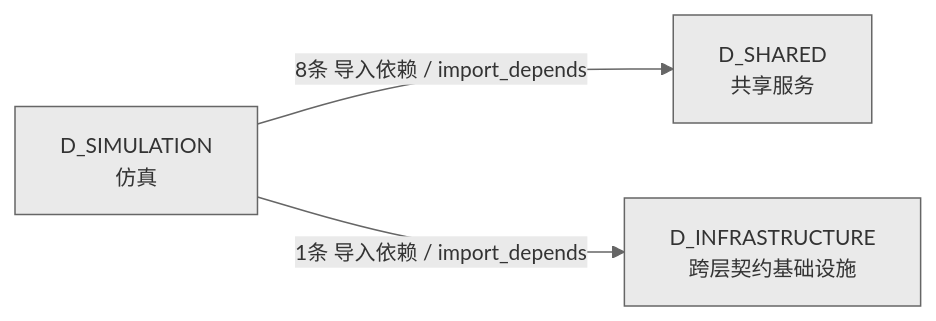
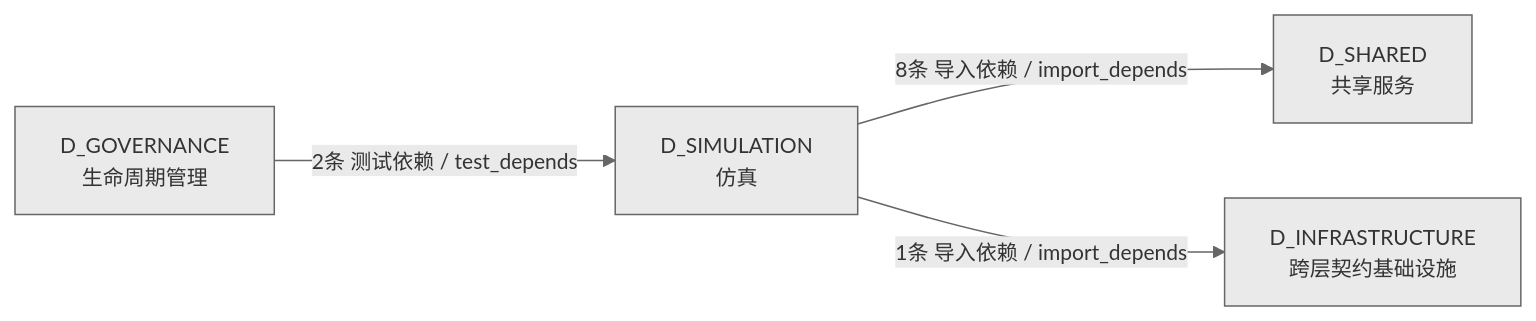
One commit to xuanFelixVan/ZephyrAlpha changed the third of 3 diagrams in docs/02_enterprise_architecture/02_domain_architecture_docs/70_d_simulation.md. Above: the diagram before and after it, drawn with Mermaid. The commit also changed other lines of this file and 45 other files, not shown here.

````diff
--- a/docs/02_enterprise_architecture/02_domain_architecture_docs/70_d_simulation.md
+++ b/docs/02_enterprise_architecture/02_domain_architecture_docs/70_d_simulation.md
@@ -201,9 +207,11 @@
 ```mermaid
 %%{init: {'theme': 'base', 'themeVariables': {'primaryColor': '#eaeaea', 'primaryTextColor': '#333333', 'primaryBorderColor': '#666666', 'lineColor': '#666666', 'secondaryColor': '#eaeaea', 'tertiaryColor': '#eaeaea', 'fontSize': '14px'}}}%%
 graph LR
     D_SIMULATION["D_SIMULATION<br/>仿真"]
     D_SHARED["D_SHARED<br/>共享服务"]
     D_INFRASTRUCTURE["D_INFRASTRUCTURE<br/>跨层契约基础设施"]
+    D_GOVERNANCE["D_GOVERNANCE<br/>生命周期管理"]
     D_SIMULATION -->|8条 导入依赖 / import_depends| D_SHARED
     D_SIMULATION -->|1条 导入依赖 / import_depends| D_INFRASTRUCTURE
+    D_GOVERNANCE -->|2条 测试依赖 / test_depends| D_SIMULATION
 ```
````
